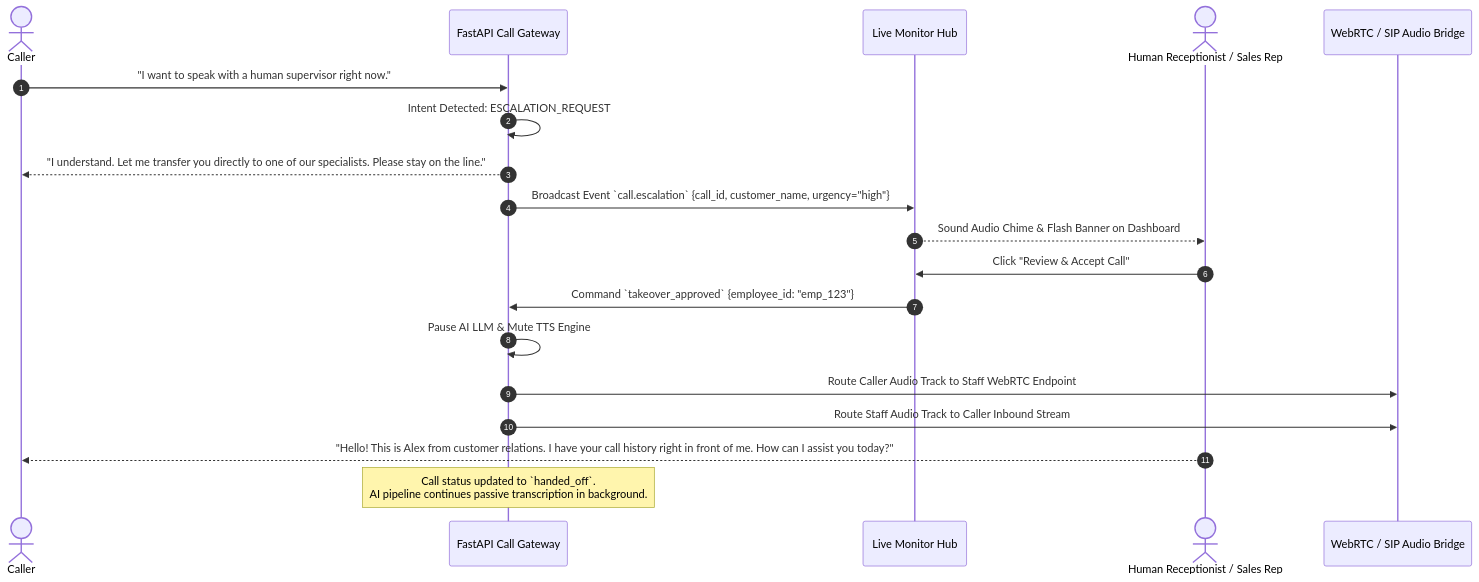
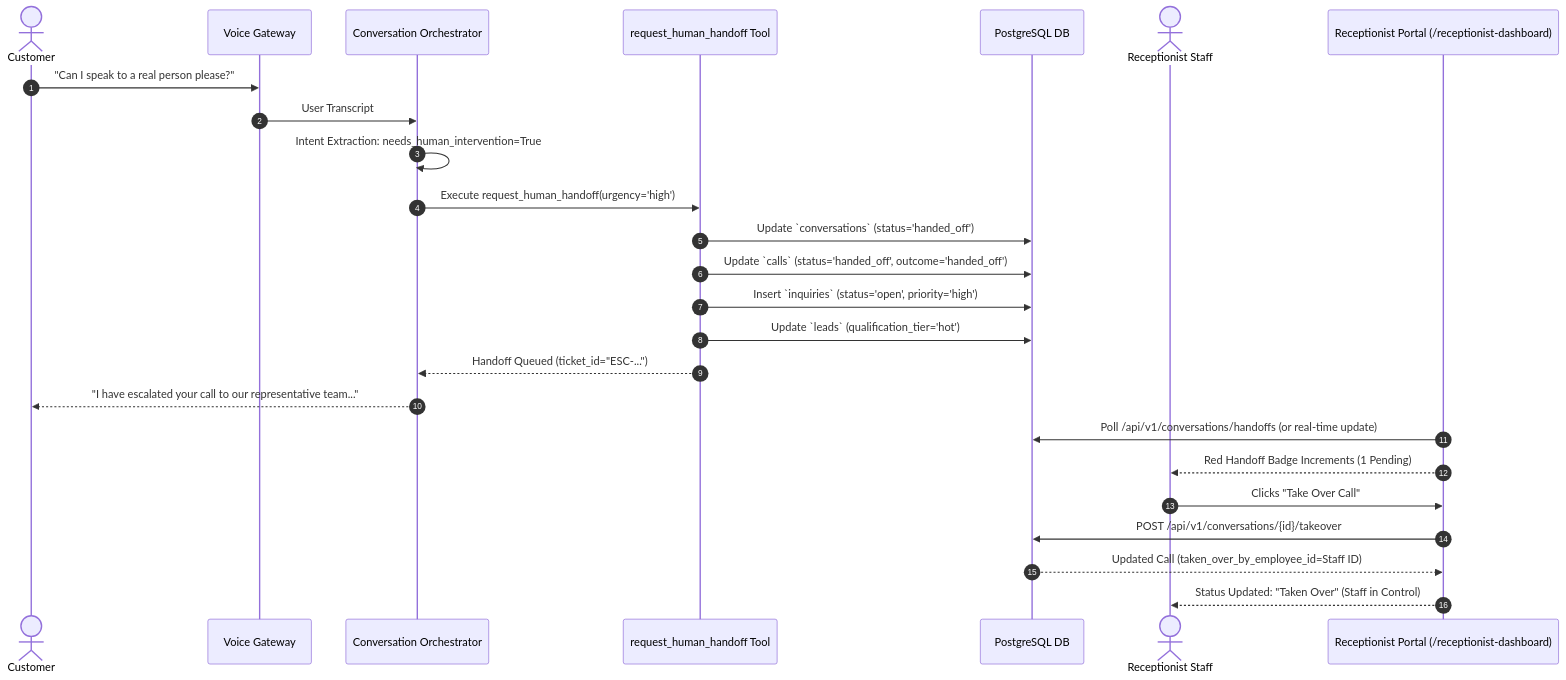
Before and after one commit to Sourav6404/-Autonomous-AI-Sales-Voice-Agent: the fifth of 6 diagrams in docs/WORKFLOWS.md, drawn with Mermaid. The commit also changed other lines of this file and 10 other files, not shown here.

````diff
--- a/docs/WORKFLOWS.md
+++ b/docs/WORKFLOWS.md
@@ -175,26 +167,30 @@
 ```mermaid
 sequenceDiagram
     autonumber
-    actor Caller as Caller
-    participant Gateway as FastAPI Call Gateway
-    participant MonitorWS as Live Monitor Hub
-    actor Staff as Human Receptionist / Sales Rep
-    participant AudioBridge as WebRTC / SIP Audio Bridge
+    actor Caller as Customer
+    participant WSGateway as Voice Gateway
+    participant Orchestrator as Conversation Orchestrator
+    participant HandoffTool as request_human_handoff Tool
+    participant DB as PostgreSQL DB
+    actor Receptionist as Receptionist Staff
+    participant RecPortal as Receptionist Portal (/receptionist-dashboard)
 
-    Caller->>Gateway: "I want to speak with a human supervisor right now."
-    Gateway->>Gateway: Intent Detected: ESCALATION_REQUEST
-    Gateway-->>Caller: "I understand. Let me transfer you directly to one of our specialists. Please stay on the line."
+    Caller->>WSGateway: "Can I speak to a real person please?"
+    WSGateway->>Orchestrator: User Transcript
+    Orchestrator->>Orchestrator: Intent Extraction: needs_human_intervention=True
+    Orchestrator->>HandoffTool: Execute request_human_handoff(urgency='high')
 
-    Gateway->>MonitorWS: Broadcast Event `call.escalation` {call_id, customer_name, urgency="high"}
-    MonitorWS-->>Staff: Sound Audio Chime & Flash Banner on Dashboard
-    Staff->>MonitorWS: Click "Review & Accept Call"
+    HandoffTool->>DB: Update `conversations` (status='handed_off')
+    HandoffTool->>DB: Update `calls` (status='handed_off', outcome='handed_off')
+    HandoffTool->>DB: Insert `inquiries` (status='open', priority='high')
+    HandoffTool->>DB: Update `leads` (qualification_tier='hot')
+    HandoffTool-->>Orchestrator: Handoff Queued (ticket_id="ESC-...")
+    Orchestrator-->>Caller: "I have escalated your call to our representative team..."
 
-    MonitorWS->>Gateway: Command `takeover_approved` {employee_id: "emp_123"}
-    Gateway->>Gateway: Pause AI LLM & Mute TTS Engine
-    Gateway->>AudioBridge: Route Caller Audio Track to Staff WebRTC Endpoint
-    Gateway->>AudioBridge: Route Staff Audio Track to Caller Inbound Stream
-
-    Staff-->>Caller: "Hello! This is Alex from customer relations. I have your call history right in front of me. How can I assist you today?"
-
-    Note over Gateway: Call status updated to `handed_off`.<br/>AI pipeline continues passive transcription in background.
+    RecPortal->>DB: Poll /api/v1/conversations/handoffs (or real-time update)
+    RecPortal-->>Receptionist: Red Handoff Badge Increments (1 Pending)
+    Receptionist->>RecPortal: Clicks "Take Over Call"
+    RecPortal->>DB: POST /api/v1/conversations/{id}/takeover
+    DB-->>RecPortal: Updated Call (taken_over_by_employee_id=Staff ID)
+    RecPortal-->>Receptionist: Status Updated: "Taken Over" (Staff in Control)
 ```
````
